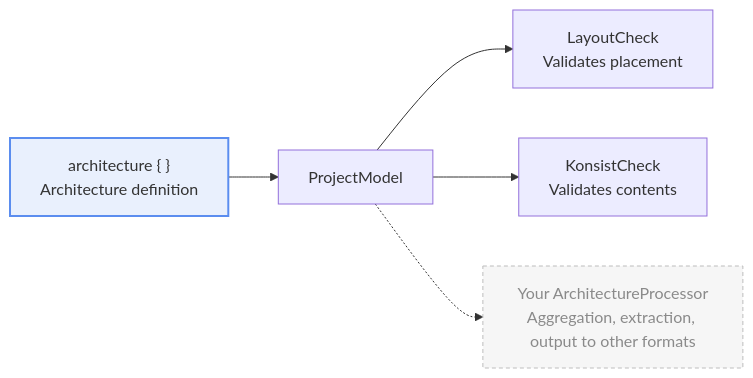
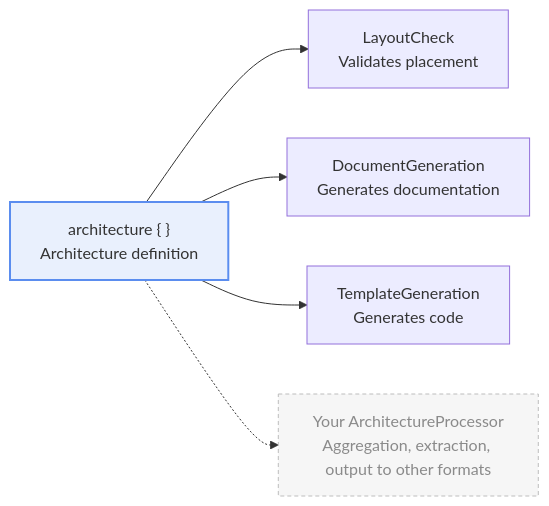
One commit to TBSten/katachi changed the diagram in docs/src/content/docs/guides/processor.mdx. Above: the diagram before and after it, drawn with Mermaid. The commit also changed other lines of this file and 1 other file, not shown here.

First line of the commit message:
docs: 英語版 processor.mdx を原本から訳し直す

````diff
--- a/docs/src/content/docs/guides/processor.mdx
+++ b/docs/src/content/docs/guides/processor.mdx
@@ -24,10 +36,11 @@
 ```mermaid
 flowchart LR
-    D["architecture { }<br/>Architecture definition"] --> M["ProjectModel"]
-    M --> L["LayoutCheck<br/>Validates placement"]
-    M --> K["KonsistCheck<br/>Validates contents"]
-    M -.-> C["Your ArchitectureProcessor<br/>Aggregation, extraction, output to other formats"]
+    D["architecture { }<br/>Architecture definition"]
+    D --> Layout["LayoutCheck<br/>Validates placement"]
+    D --> Doc["DocumentGeneration<br/>Generates documentation"]
+    D --> Template["TemplateGeneration<br/>Generates code"]
+    D -.-> Custom["Your ArchitectureProcessor<br/>Aggregation, extraction, output to other formats"]
 
     style D fill:#5B8DEF22,stroke:#5B8DEF,stroke-width:2px
-    style C fill:#BDBDBD22,stroke:#BDBDBD,stroke-dasharray:4 3,color:#8A8A8A
+    style Custom fill:#BDBDBD22,stroke:#BDBDBD,stroke-dasharray:4 3,color:#8A8A8A
 ```
````
